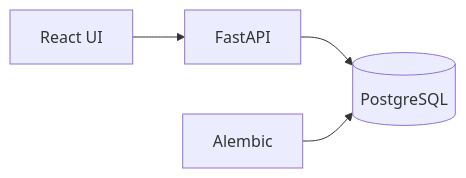
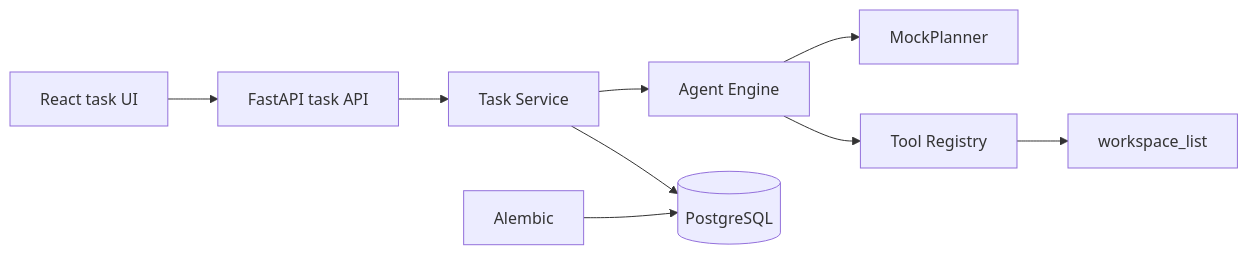
One commit to EstiveJobson/aura changed the diagram in README.md. Above: the diagram before and after it, drawn with Mermaid. The commit also changed other lines of this file and 30 other files, not shown here.

````diff
--- a/README.md
+++ b/README.md
@@ -27,6 +31,11 @@
 ```mermaid
 flowchart LR
-    UI[React UI] --> API[FastAPI]
-    API --> DB[(PostgreSQL)]
+    UI[React task UI] --> API[FastAPI task API]
+    API --> SERVICE[Task Service]
+    SERVICE --> ENGINE[Agent Engine]
+    ENGINE --> PLANNER[MockPlanner]
+    ENGINE --> REGISTRY[Tool Registry]
+    REGISTRY --> TOOL[workspace_list]
+    SERVICE --> DB[(PostgreSQL)]
     MIG[Alembic] --> DB
 ```
````
